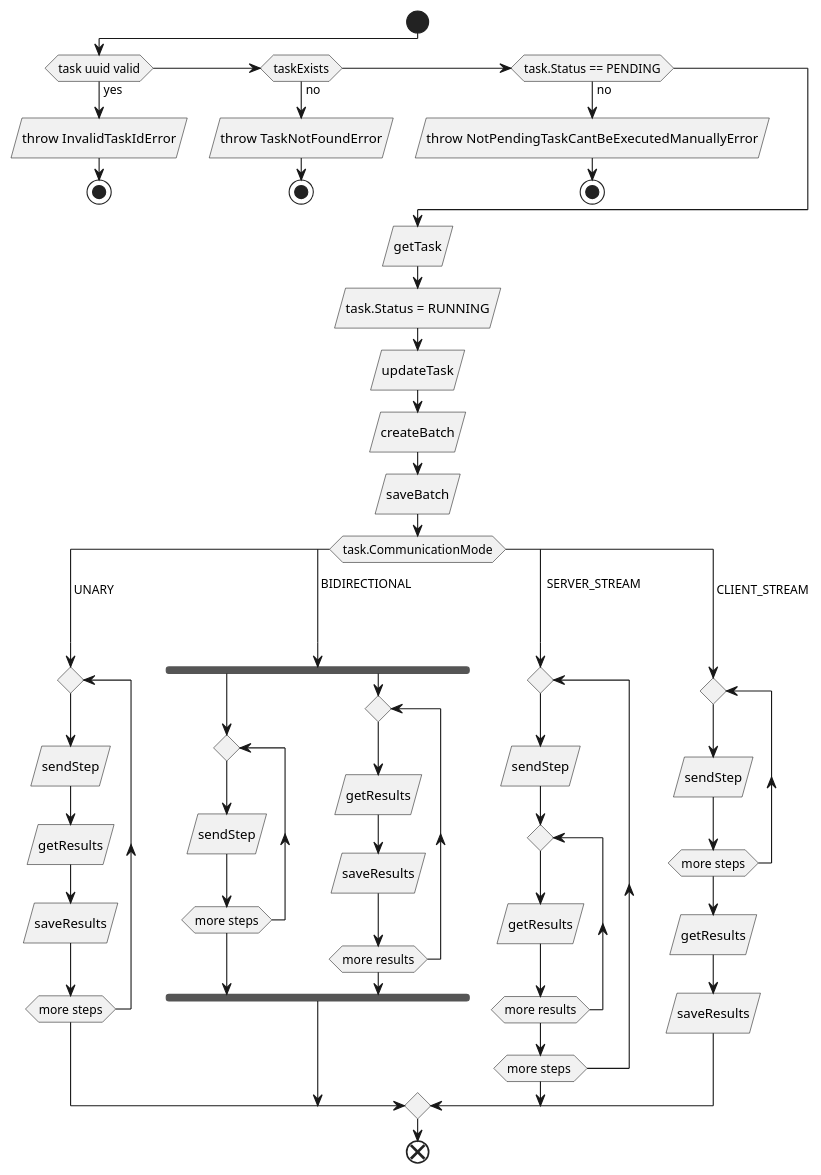
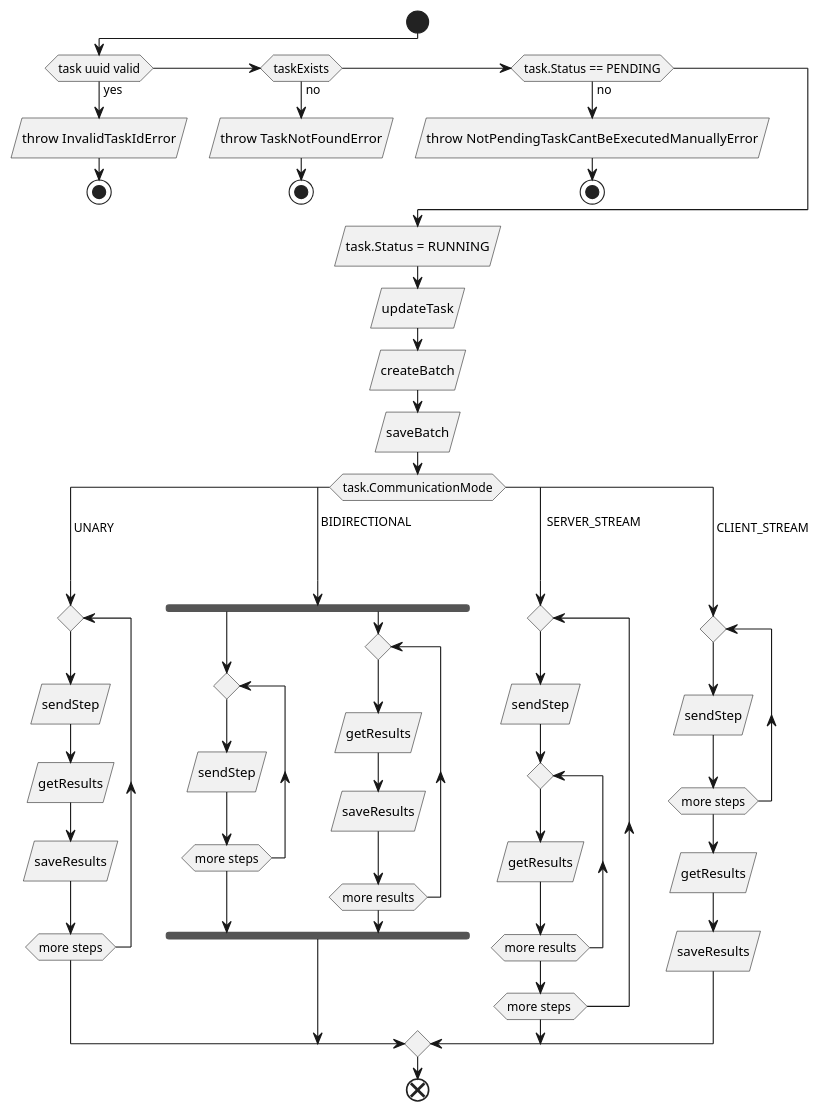
Before and after one commit to Enrikerf/pfm: the diagram in thesis/part/Proyecto_ejecutivo/memoria_descriptiva/descripcionDelProyecto/manager/uml/1-TaskProcessor.puml, drawn with PlantUML. The commit also changed 38 other files, not shown here.

```diff
--- a/thesis/part/Proyecto_ejecutivo/memoria_descriptiva/descripcionDelProyecto/manager/uml/1-TaskProcessor.puml
+++ b/thesis/part/Proyecto_ejecutivo/memoria_descriptiva/descripcionDelProyecto/manager/uml/1-TaskProcessor.puml
@@ -1,58 +1,57 @@
 @startuml
 
 start
 
 if (task uuid valid) then (yes)
   :throw InvalidTaskIdError/
   stop
 elseif (taskExists) then (no)
   :throw TaskNotFoundError/
   stop
 elseif (task.Status == PENDING) then (no)
   :throw NotPendingTaskCantBeExecutedManuallyError/
   stop
 else ()
 endif
-  :getTask/
   :task.Status = RUNNING/
   :updateTask/
   :createBatch/
   :saveBatch/
 switch (task.CommunicationMode)
 case ( UNARY )
     label space
     repeat
         :sendStep/
         :getResults/
         :saveResults/
     repeat while (more steps)
 case ( BIDIRECTIONAL )
     label space
     fork
         repeat
             :sendStep/
         repeat while (more steps)
     fork again
         repeat
             :getResults/
             :saveResults/
         repeat while (more results)
     end fork
 case (  SERVER_STREAM )
     label space
     repeat
         :sendStep/
         repeat
             :getResults/
         repeat while (more results)
     repeat while (more steps )
 case ( CLIENT_STREAM \n\n\n)
     repeat
         :sendStep/
     repeat while (more steps)
     :getResults/
     :saveResults/
 endswitch
 
 end
 @enduml
```
